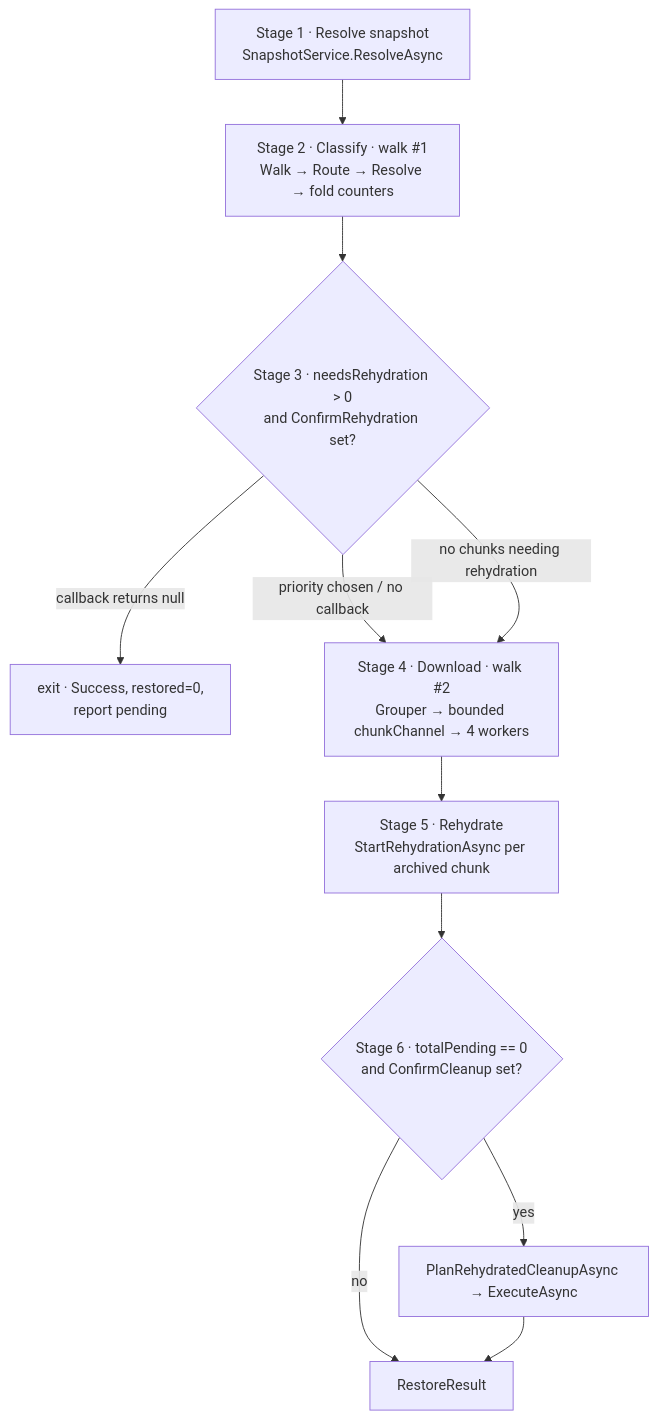
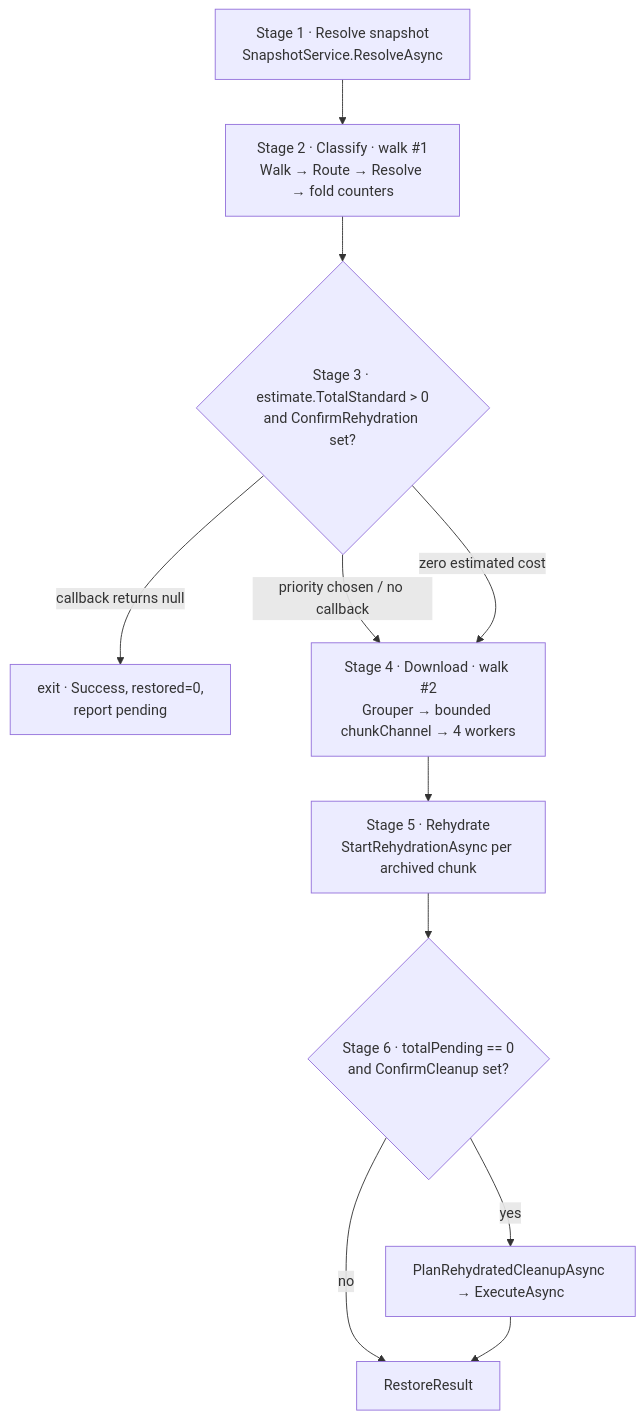
One commit to woutervanranst/Arius7 changed the first of 2 diagrams in docs/design/core/features/restore-command.md. Above: the diagram before and after it, drawn with Mermaid. The commit also changed other lines of this file and 10 other files, not shown here.

````diff
--- a/docs/design/core/features/restore-command.md
+++ b/docs/design/core/features/restore-command.md
@@ -13,15 +13,15 @@
 ```mermaid
 flowchart TD
     S1[Stage 1 · Resolve snapshot<br/>SnapshotService.ResolveAsync] --> S2
     S2[Stage 2 · Classify · walk #1<br/>Walk → Route → Resolve → fold counters] --> S3
-    S3{Stage 3 · needsRehydration > 0<br/>and ConfirmRehydration set?}
+    S3{Stage 3 · estimate.TotalStandard > 0<br/>and ConfirmRehydration set?}
     S3 -- "callback returns null" --> X[exit · Success, restored=0,<br/>report pending]
     S3 -- "priority chosen / no callback" --> S4
-    S3 -- "no chunks needing rehydration" --> S4
+    S3 -- "zero estimated cost" --> S4
     S4[Stage 4 · Download · walk #2<br/>Grouper → bounded chunkChannel → 4 workers] --> S5
     S5[Stage 5 · Rehydrate<br/>StartRehydrationAsync per archived chunk] --> S6
     S6{Stage 6 · totalPending == 0<br/>and ConfirmCleanup set?}
     S6 -- yes --> C[PlanRehydratedCleanupAsync → ExecuteAsync]
     S6 -- no --> R[RestoreResult]
     C --> R
 ```
````
